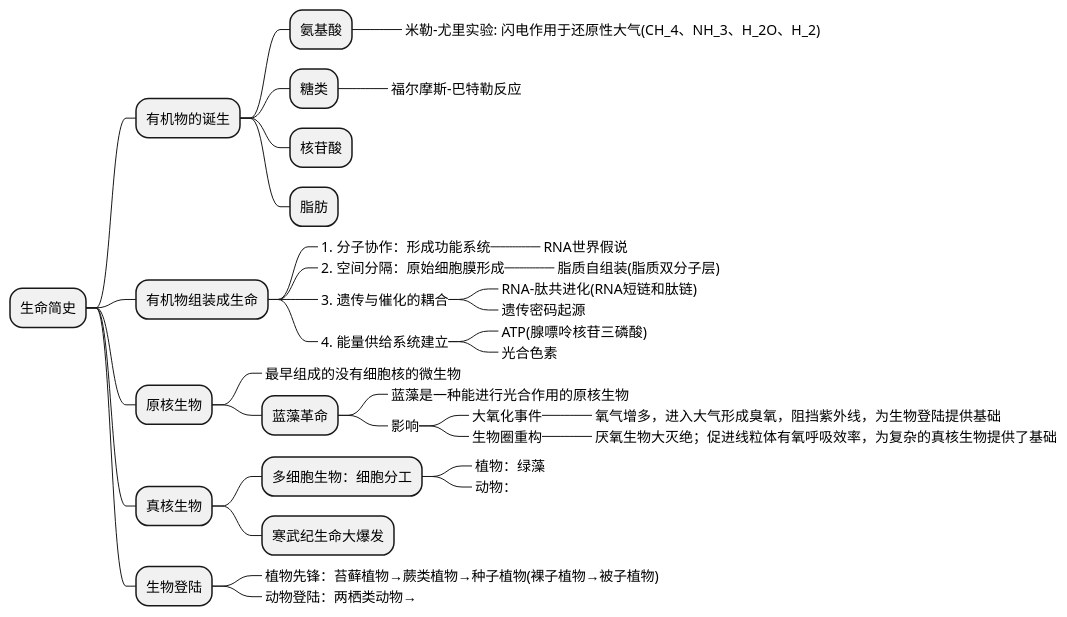
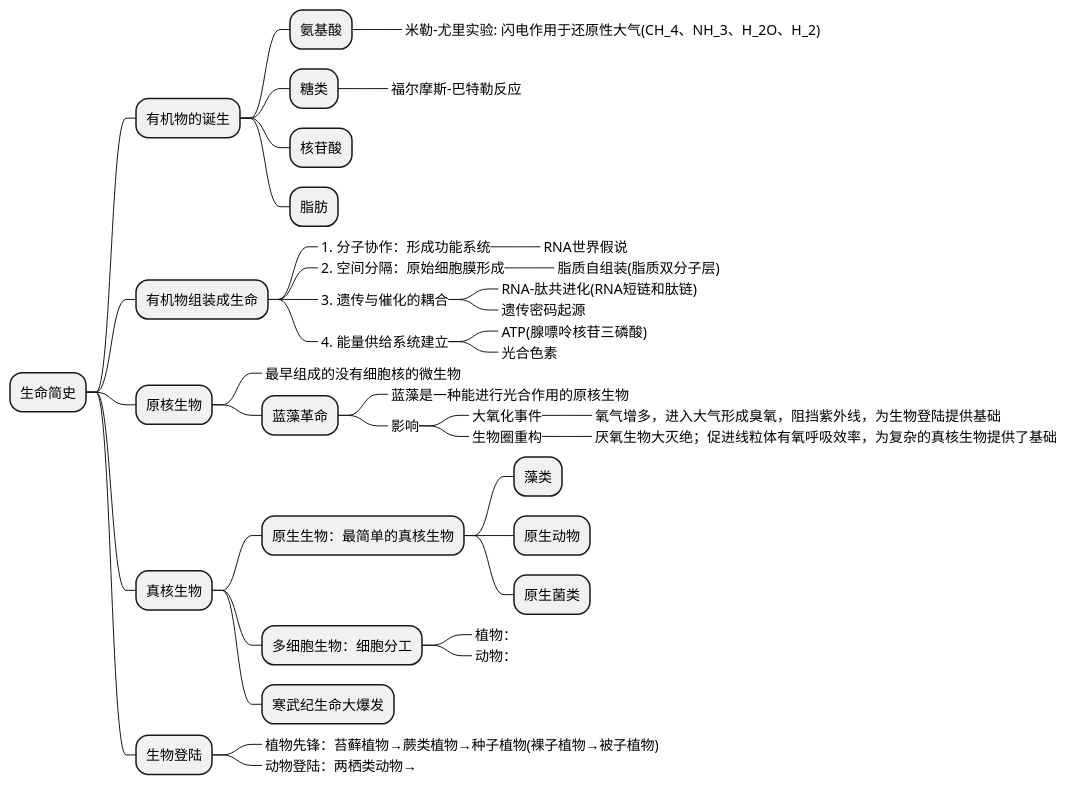
The diagram in source/_posts/history/life-history.md (holmofy/blog.hufeifei.cn), drawn with PlantUML before and after one commit.

````diff
--- a/source/_posts/history/life-history.md
+++ b/source/_posts/history/life-history.md
@@ -15,40 +15,44 @@
 ```plantuml
 @startmindmap
 + 生命简史
 ++ 有机物的诞生
 +++ 氨基酸
 ++++_ 米勒-尤里实验: 闪电作用于还原性大气(CH_4、NH_3、H_2O、H_2)
 +++ 糖类
 ++++_ 福尔摩斯-巴特勒反应
 +++ 核苷酸
 +++ 脂肪
 ++ 有机物组装成生命
 +++_ 1. 分子协作：形成功能系统
 ++++_ RNA世界假说
 +++_ 2. 空间分隔：原始细胞膜形成
 ++++_ 脂质自组装(脂质双分子层)
 +++_ 3. 遗传与催化的耦合
 ++++_ RNA-肽共进化(RNA短链和肽链)
 ++++_ 遗传密码起源
 +++_ 4. 能量供给系统建立
 ++++_ ATP(腺嘌呤核苷三磷酸)
 ++++_ 光合色素
 ++ 原核生物
 +++_ 最早组成的没有细胞核的微生物
 +++ 蓝藻革命
 ++++_ 蓝藻是一种能进行光合作用的原核生物
 ++++_ 影响
 +++++_ 大氧化事件
 ++++++_ 氧气增多，进入大气形成臭氧，阻挡紫外线，为生物登陆提供基础
 +++++_ 生物圈重构
 ++++++_ 厌氧生物大灭绝；促进线粒体有氧呼吸效率，为复杂的真核生物提供了基础
 ++ 真核生物
++++ 原生生物：最简单的真核生物
+++++ 藻类
+++++ 原生动物
+++++ 原生菌类
 +++ 多细胞生物：细胞分工
-++++_ 植物：绿藻
+++++_ 植物：
 ++++_ 动物：
 +++ 寒武纪生命大爆发
 ++ 生物登陆
 +++_ 植物先锋：苔藓植物→蕨类植物→种子植物(裸子植物→被子植物)
 +++_ 动物登陆：两栖类动物→
 @endmindmap
 ```
````
